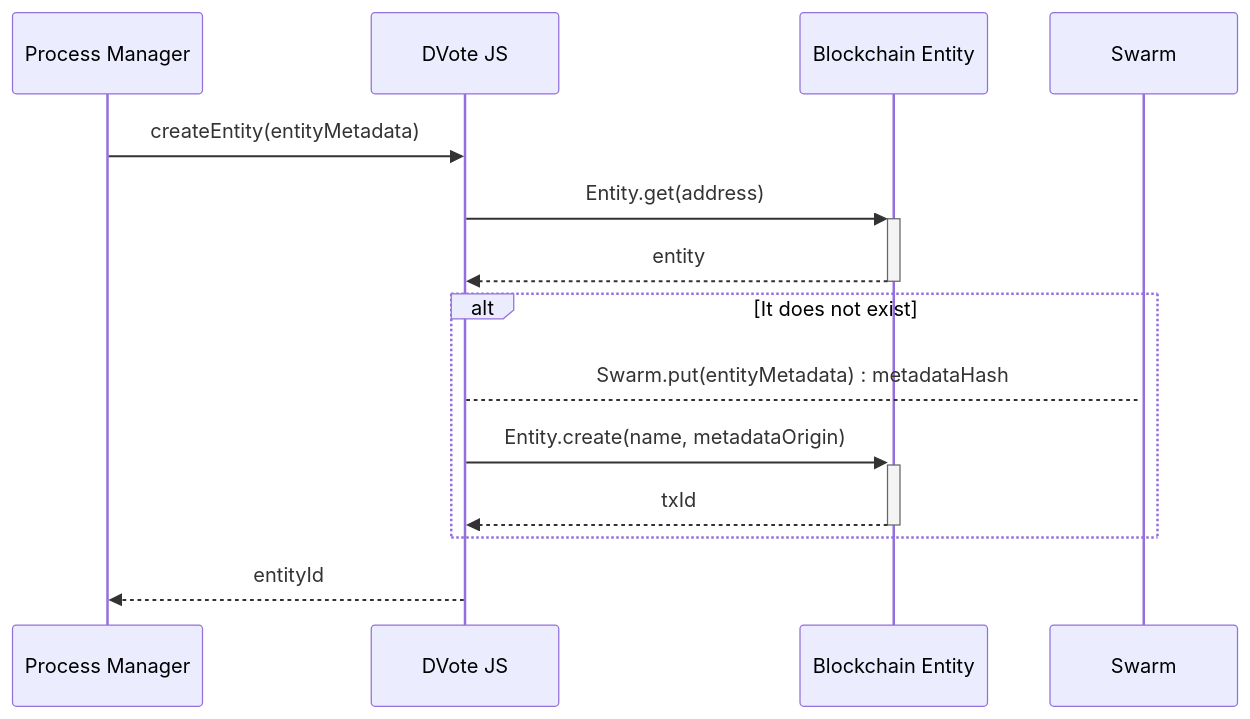
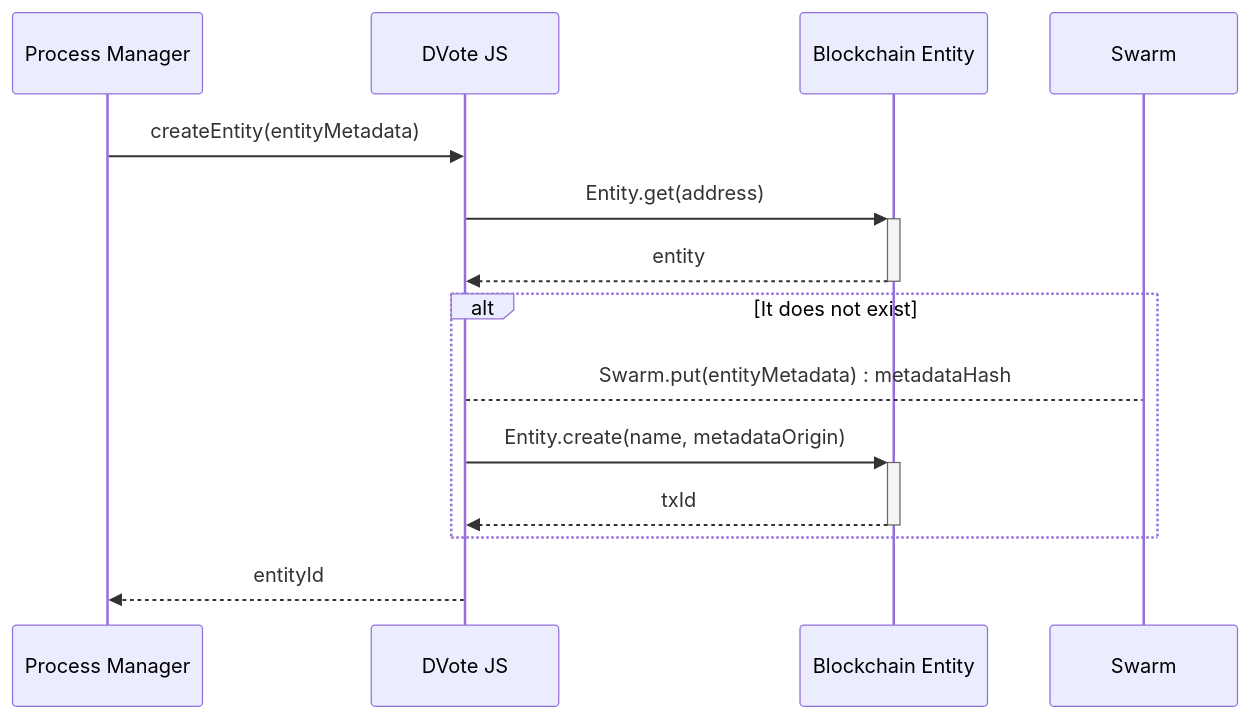
Before and after one commit to vocdoni/docs: the third of 12 diagrams in docs/protocol/sequence-diagrams.md, drawn with Mermaid. The commit also changed other lines of this file and 2 other files, not shown here.

````diff
--- a/docs/protocol/sequence-diagrams.md
+++ b/docs/protocol/sequence-diagrams.md
@@ -30,21 +30,21 @@
 ```mermaid
 sequenceDiagram
     participant PM as Process Manager
     participant DV as DVote JS
     participant BE as Blockchain Entity
     participant S as Swarm
 
     PM->>DV: createEntity(entityMetadata)
 
         DV->>+BE: Entity.get(address)
         BE-->>-DV: entity
 
         Alt It does not exist
-            DV-->+S: Swarm.put(entityMetadata) : metadataHash
+            DV-->S: Swarm.put(entityMetadata) : metadataHash
 
             DV->>+BE: Entity.create(name, metadataOrigin)
             BE-->>-DV: txId
         end
 
     DV-->>PM: entityId
 ```
````
